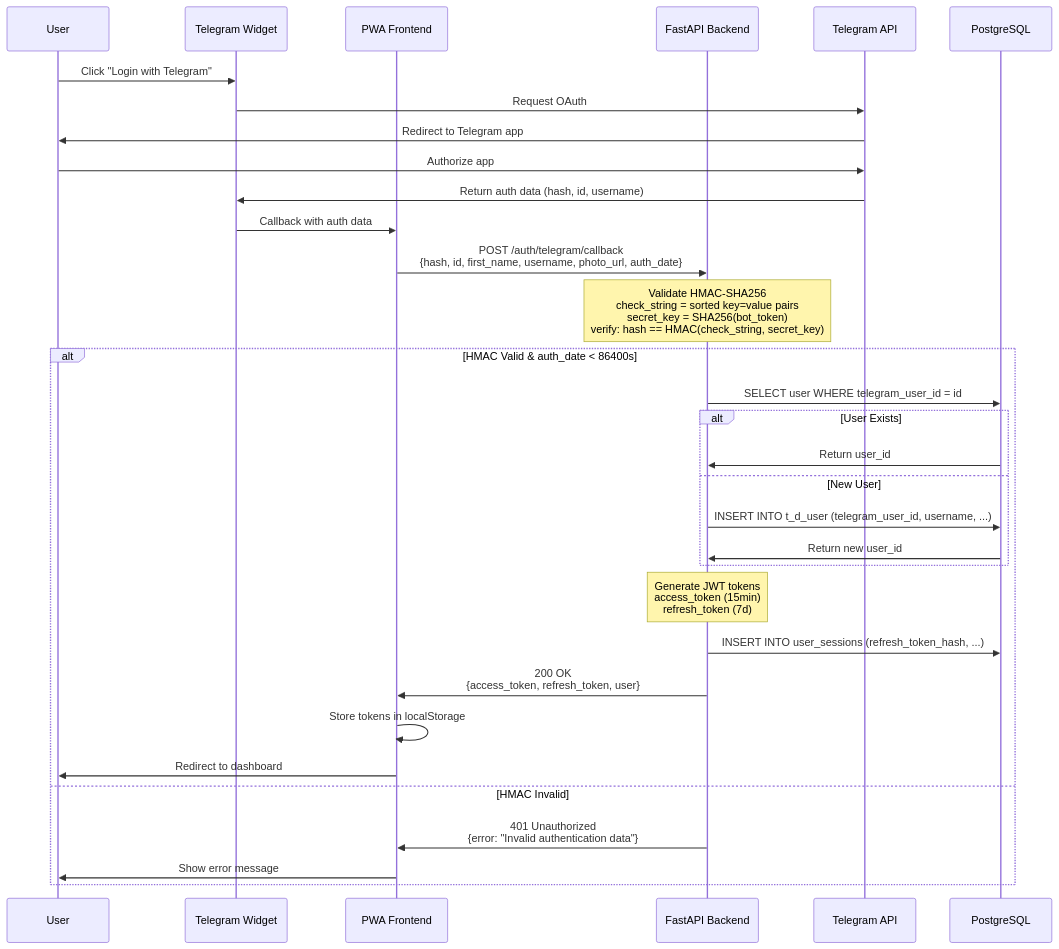
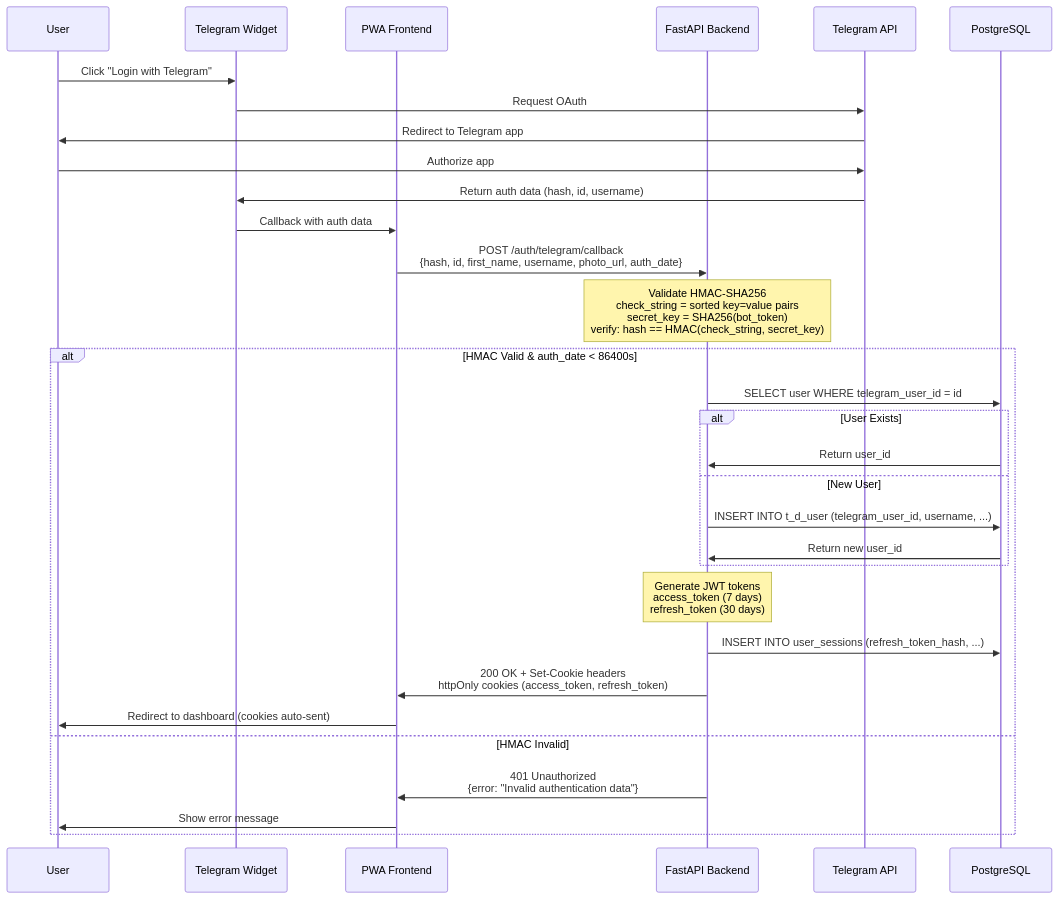
The first of 4 diagrams in docs/diagrams/02-authentication-flows.md (ikeniborn/familyBudget), drawn with Mermaid before and after one commit. The commit also changed other lines of this file and 9 other files, not shown here.

First line of the commit message:
fix(docs/diagrams): correct critical data errors (priority 1)

````diff
--- a/docs/diagrams/02-authentication-flows.md
+++ b/docs/diagrams/02-authentication-flows.md
@@ -19,40 +19,39 @@
 ```mermaid
 sequenceDiagram
     participant User
     participant TelegramWidget as Telegram Widget
     participant Frontend as PWA Frontend
     participant API as FastAPI Backend
     participant TelegramAPI as Telegram API
     participant DB as PostgreSQL
 
     User->>TelegramWidget: Click "Login with Telegram"
     TelegramWidget->>TelegramAPI: Request OAuth
     TelegramAPI->>User: Redirect to Telegram app
     User->>TelegramAPI: Authorize app
     TelegramAPI->>TelegramWidget: Return auth data (hash, id, username)
 
     TelegramWidget->>Frontend: Callback with auth data
-    Frontend->>API: POST /auth/telegram/callback<br/>{hash, id, first_name, username, photo_url, auth_date}
+    Frontend->>API: POST /auth/telegram/callback<br>{hash, id, first_name, username, photo_url, auth_date}
 
-    Note over API: Validate HMAC-SHA256<br/>check_string = sorted key=value pairs<br/>secret_key = SHA256(bot_token)<br/>verify: hash == HMAC(check_string, secret_key)
+    Note over API: Validate HMAC-SHA256<br>check_string = sorted key=value pairs<br>secret_key = SHA256(bot_token)<br>verify: hash == HMAC(check_string, secret_key)
 
     alt HMAC Valid & auth_date < 86400s
         API->>DB: SELECT user WHERE telegram_user_id = id
         alt User Exists
             DB->>API: Return user_id
         else New User
             API->>DB: INSERT INTO t_d_user (telegram_user_id, username, ...)
             DB->>API: Return new user_id
         end
 
-        Note over API: Generate JWT tokens<br/>access_token (15min)<br/>refresh_token (7d)
+        Note over API: Generate JWT tokens<br>access_token (7 days)<br>refresh_token (30 days)
 
         API->>DB: INSERT INTO user_sessions (refresh_token_hash, ...)
-        API->>Frontend: 200 OK<br/>{access_token, refresh_token, user}
-        Frontend->>Frontend: Store tokens in localStorage
-        Frontend->>User: Redirect to dashboard
+        API->>Frontend: 200 OK + Set-Cookie headers<br>httpOnly cookies (access_token, refresh_token)
+        Frontend->>User: Redirect to dashboard (cookies auto-sent)
     else HMAC Invalid
-        API->>Frontend: 401 Unauthorized<br/>{error: "Invalid authentication data"}
+        API->>Frontend: 401 Unauthorized<br>{error: "Invalid authentication data"}
         Frontend->>User: Show error message
     end
 ```
````
